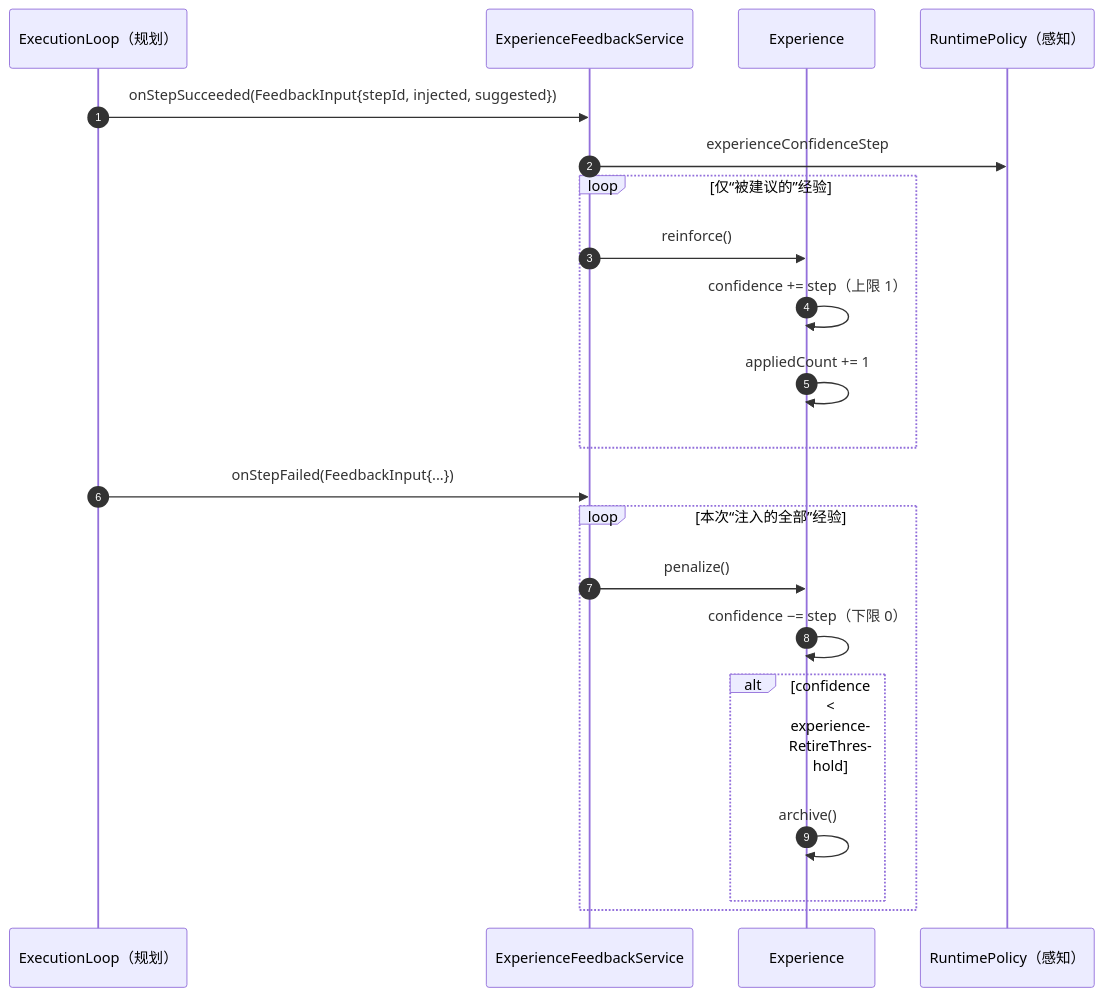
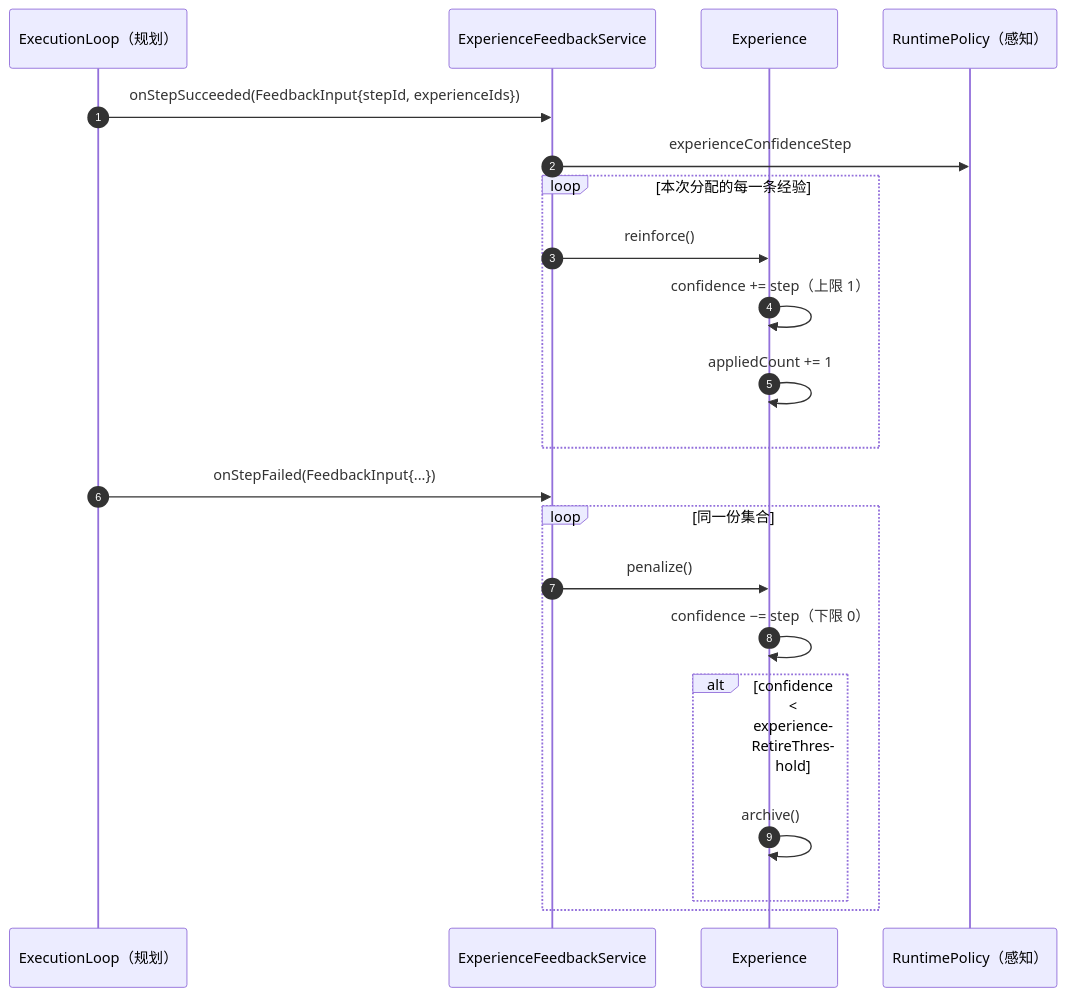
One commit to zcd0831/Jellyfish-Docs changed the fifth of 8 diagrams in model/模块-记忆.md. Above: the diagram before and after it, drawn with Mermaid. The commit also changed other lines of this file and 8 other files, not shown here.

````diff
--- a/model/模块-记忆.md
+++ b/model/模块-记忆.md
@@ -458,25 +455,25 @@
 ```mermaid
 sequenceDiagram
     autonumber
     participant OL as ExecutionLoop（规划）
     participant F as ExperienceFeedbackService
     participant E as Experience
     participant RP as RuntimePolicy（感知）
 
-    OL->>F: onStepSucceeded(FeedbackInput{stepId, injected, suggested})
+    OL->>F: onStepSucceeded(FeedbackInput{stepId, experienceIds})
     F->>RP: experienceConfidenceStep
-    loop 仅“被建议的”经验
+    loop 本次分配的每一条经验
         F->>E: reinforce()
         E->>E: confidence += step（上限 1）
         E->>E: appliedCount += 1
     end
 
     OL->>F: onStepFailed(FeedbackInput{...})
-    loop 本次“注入的全部”经验
+    loop 同一份集合
         F->>E: penalize()
         E->>E: confidence −= step（下限 0）
         alt confidence < experienceRetireThreshold
             E->>E: archive()
         end
     end
 ```
````
